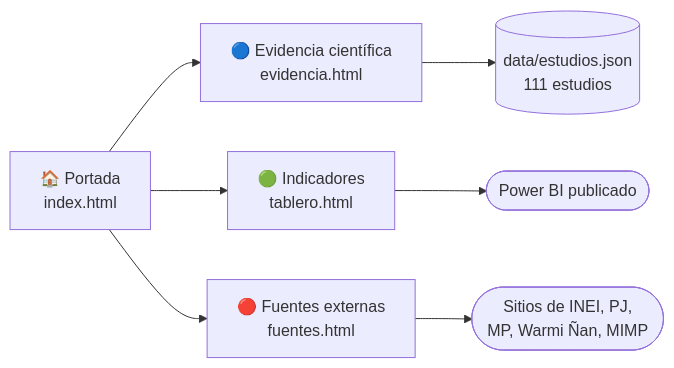
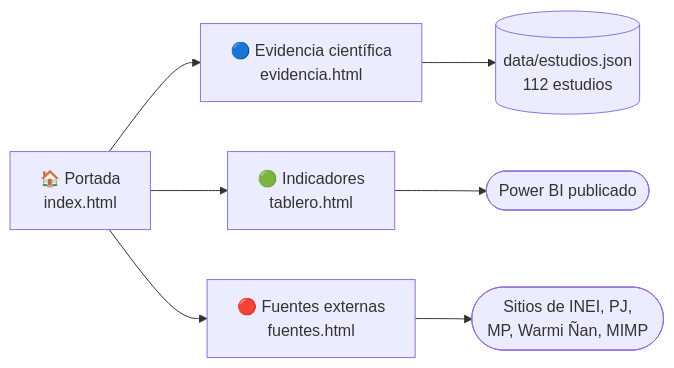
Before and after one commit to aotero1703/mapa-evidencias-mimp: the first of 3 diagrams in README.md, drawn with Mermaid. The commit also changed other lines of this file and 6 other files, not shown here.

````diff
--- a/README.md
+++ b/README.md
@@ -50,9 +50,9 @@
 ```mermaid
 flowchart LR
     P["🏠 Portada<br/>index.html"] --> E["🔵 Evidencia científica<br/>evidencia.html"]
     P --> T["🟢 Indicadores<br/>tablero.html"]
     P --> F["🔴 Fuentes externas<br/>fuentes.html"]
-    E --> D[("data/estudios.json<br/>111 estudios")]
+    E --> D[("data/estudios.json<br/>112 estudios")]
     T --> PB(["Power BI publicado"])
     F --> X(["Sitios de INEI, PJ,<br/>MP, Warmi Ñan, MIMP"])
 ```
````
